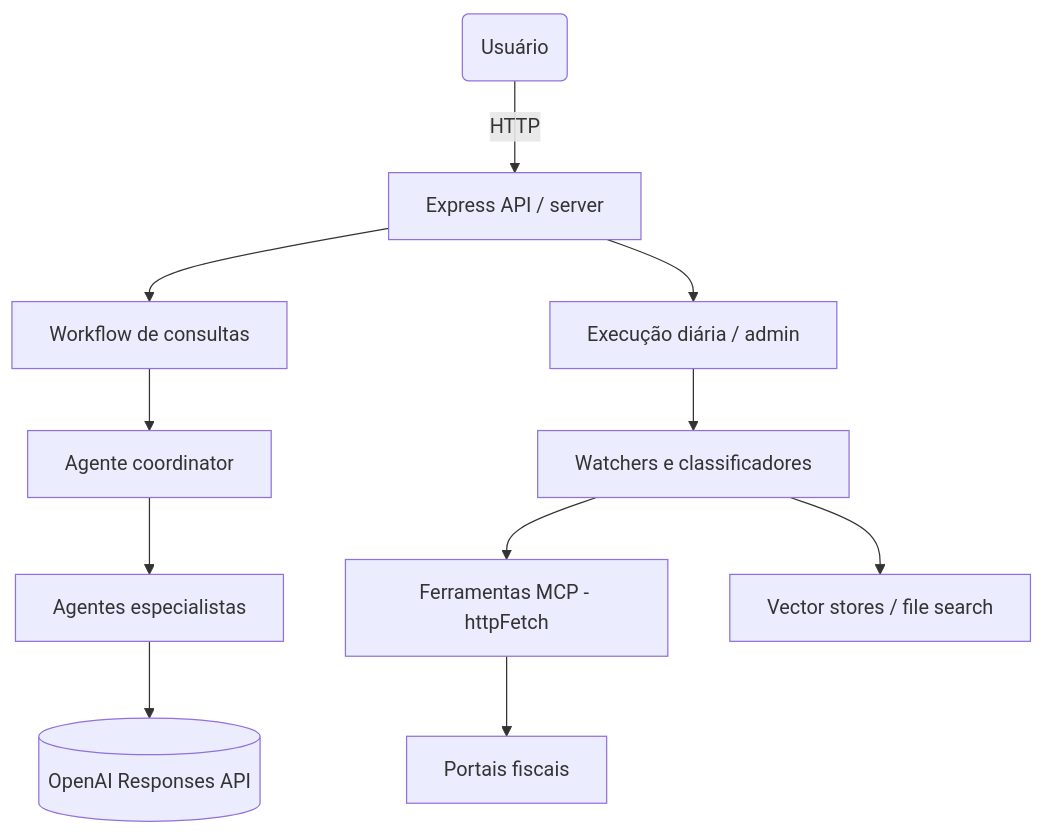
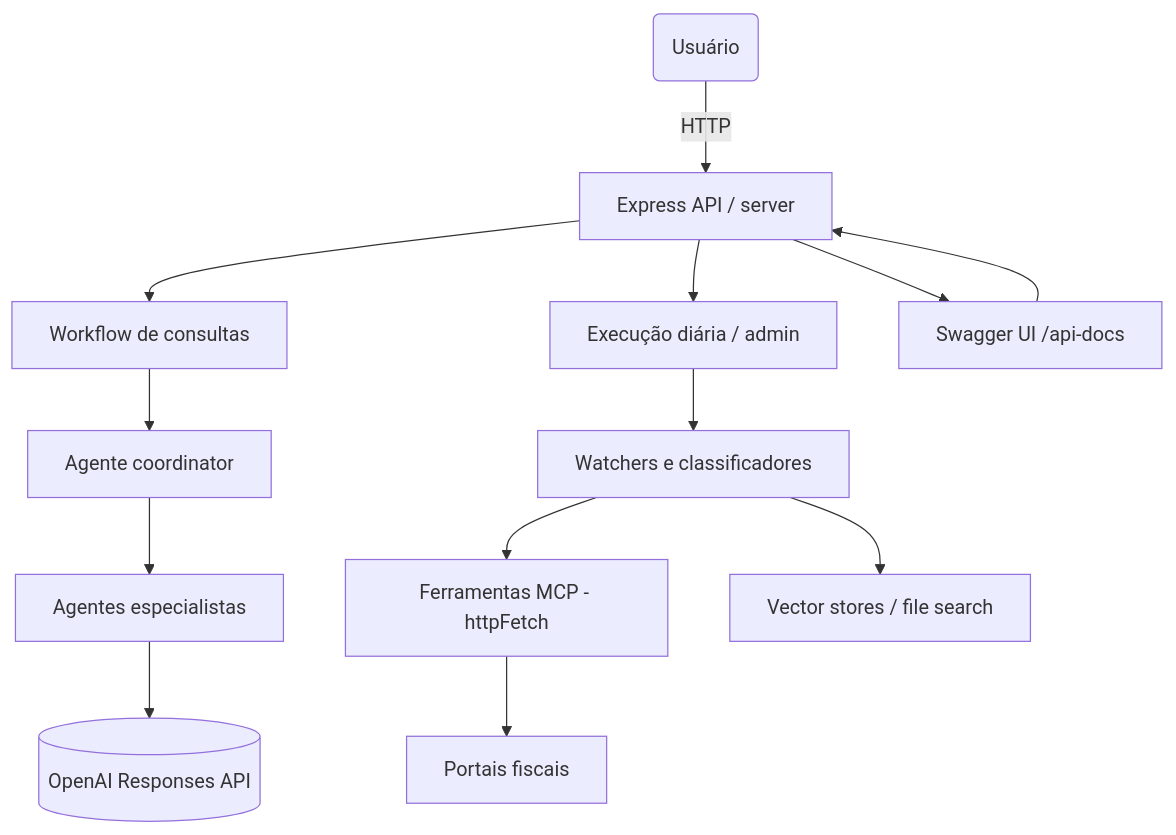
One commit to whitebeardit/tax-virtual-office changed the diagram in README.md. Above: the diagram before and after it, drawn with Mermaid. The commit also changed other lines of this file, not shown here.

````diff
--- a/README.md
+++ b/README.md
@@ -26,14 +26,17 @@
 ```mermaid
 flowchart TD
     User(Usuário) -->|HTTP| API[Express API / server]
     API --> QueryWorkflow[Workflow de consultas]
     QueryWorkflow --> Coordinator[Agente coordinator]
     Coordinator --> Specialists[Agentes especialistas]
     Specialists --> OpenAI[(OpenAI Responses API)]
 
     API --> DailyTrigger[Execução diária / admin]
     DailyTrigger --> Maintenance[Watchers e classificadores]
     Maintenance --> MCP["Ferramentas MCP - httpFetch"]
     MCP --> Portais[Portais fiscais]
     Maintenance --> VectorStores[Vector stores / file search]
+    
+    API --> Swagger[Swagger UI /api-docs]
+    Swagger --> API
 ```
````
